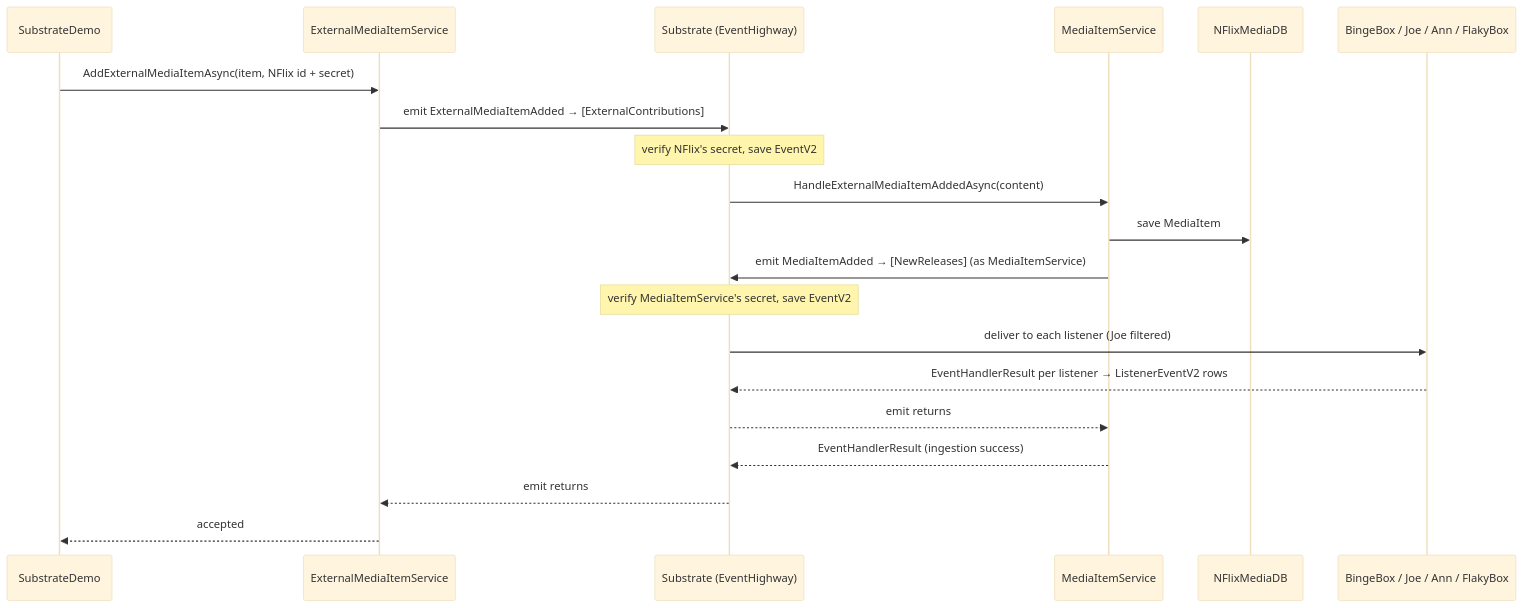
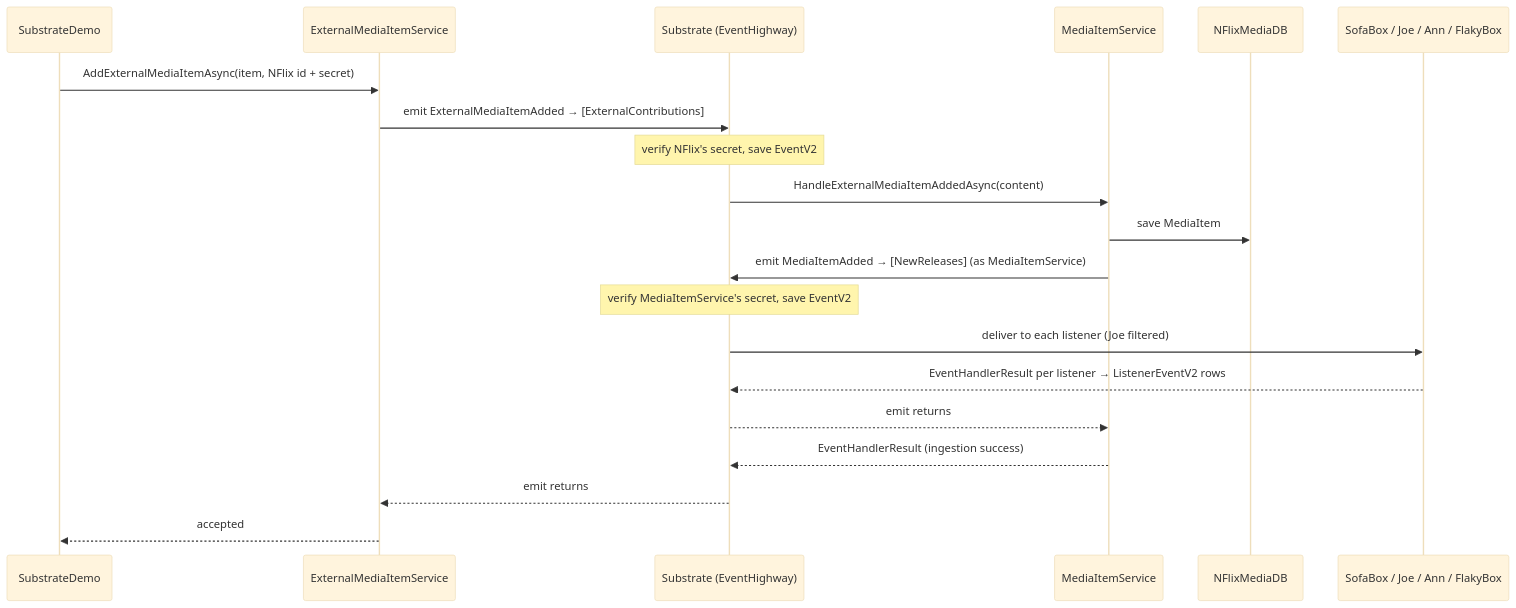
One commit to The-Standard-Organization/EventHighway changed the fourth of 4 diagrams in EventHighway.ClientV2.SubstrateApp/README.md. Above: the diagram before and after it, drawn with Mermaid (base theme). The commit also changed other lines of this file and 8 other files, not shown here.

````diff
--- a/EventHighway.ClientV2.SubstrateApp/README.md
+++ b/EventHighway.ClientV2.SubstrateApp/README.md
@@ -625,23 +625,23 @@
 ```mermaid
 sequenceDiagram
     participant Demo as SubstrateDemo
     participant Ext as ExternalMediaItemService
     participant Sub as Substrate (EventHighway)
     participant MIS as MediaItemService
     participant Cat as NFlixMediaDB
-    participant Aff as BingeBox / Joe / Ann / FlakyBox
+    participant Aff as SofaBox / Joe / Ann / FlakyBox
 
     Demo->>Ext: AddExternalMediaItemAsync(item, NFlix id + secret)
     Ext->>Sub: emit ExternalMediaItemAdded → [ExternalContributions]
     Note over Sub: verify NFlix's secret, save EventV2
     Sub->>MIS: HandleExternalMediaItemAddedAsync(content)
     MIS->>Cat: save MediaItem
     MIS->>Sub: emit MediaItemAdded → [NewReleases] (as MediaItemService)
     Note over Sub: verify MediaItemService's secret, save EventV2
     Sub->>Aff: deliver to each listener (Joe filtered)
     Aff-->>Sub: EventHandlerResult per listener → ListenerEventV2 rows
     Sub-->>MIS: emit returns
     MIS-->>Sub: EventHandlerResult (ingestion success)
     Sub-->>Ext: emit returns
     Ext-->>Demo: accepted
 ```
````
